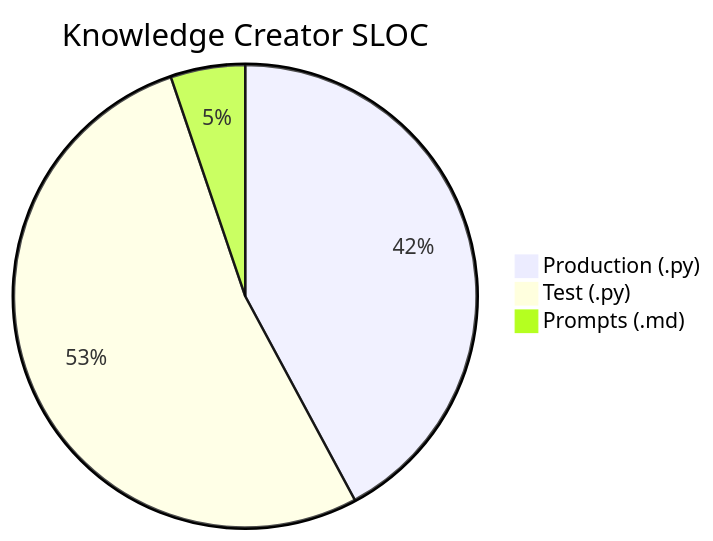
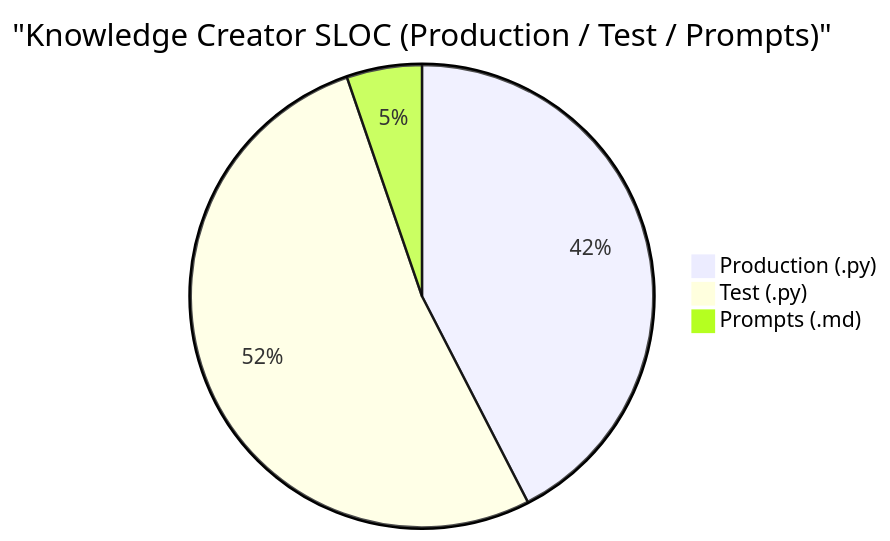
The tenth of 14 diagrams in docs/metrics.md (nablarch/nabledge-dev), drawn with Mermaid before and after one commit. The commit also changed other lines of this file, not shown here.

````diff
--- a/docs/metrics.md
+++ b/docs/metrics.md
@@ -123,6 +114,6 @@
 ```mermaid
-pie title Knowledge Creator SLOC
-  "Production (.py)" : 4119
-  "Test (.py)" : 5145
+pie title "Knowledge Creator SLOC (Production / Test / Prompts)"
+  "Production (.py)" : 4109
+  "Test (.py)" : 5064
   "Prompts (.md)" : 509
 ```
````
